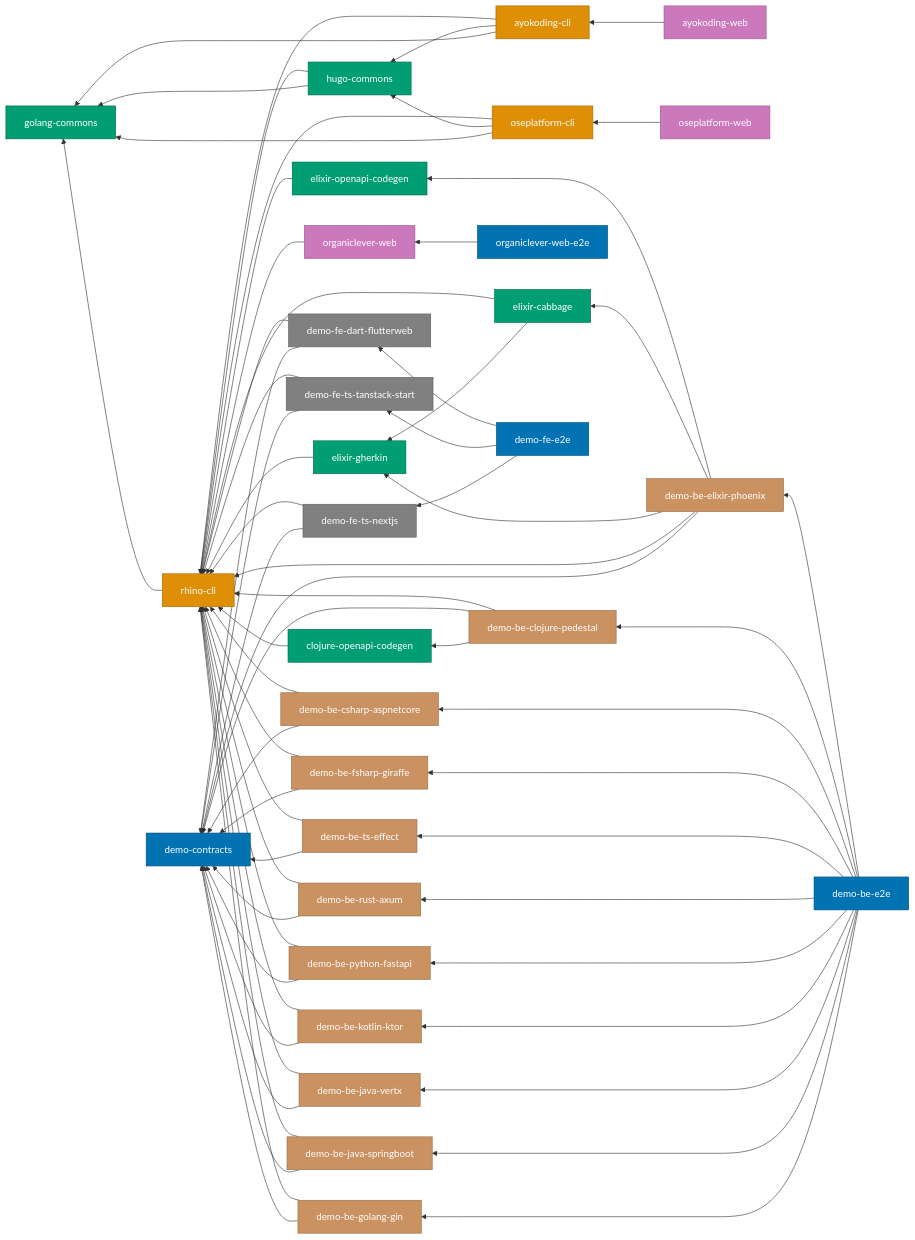
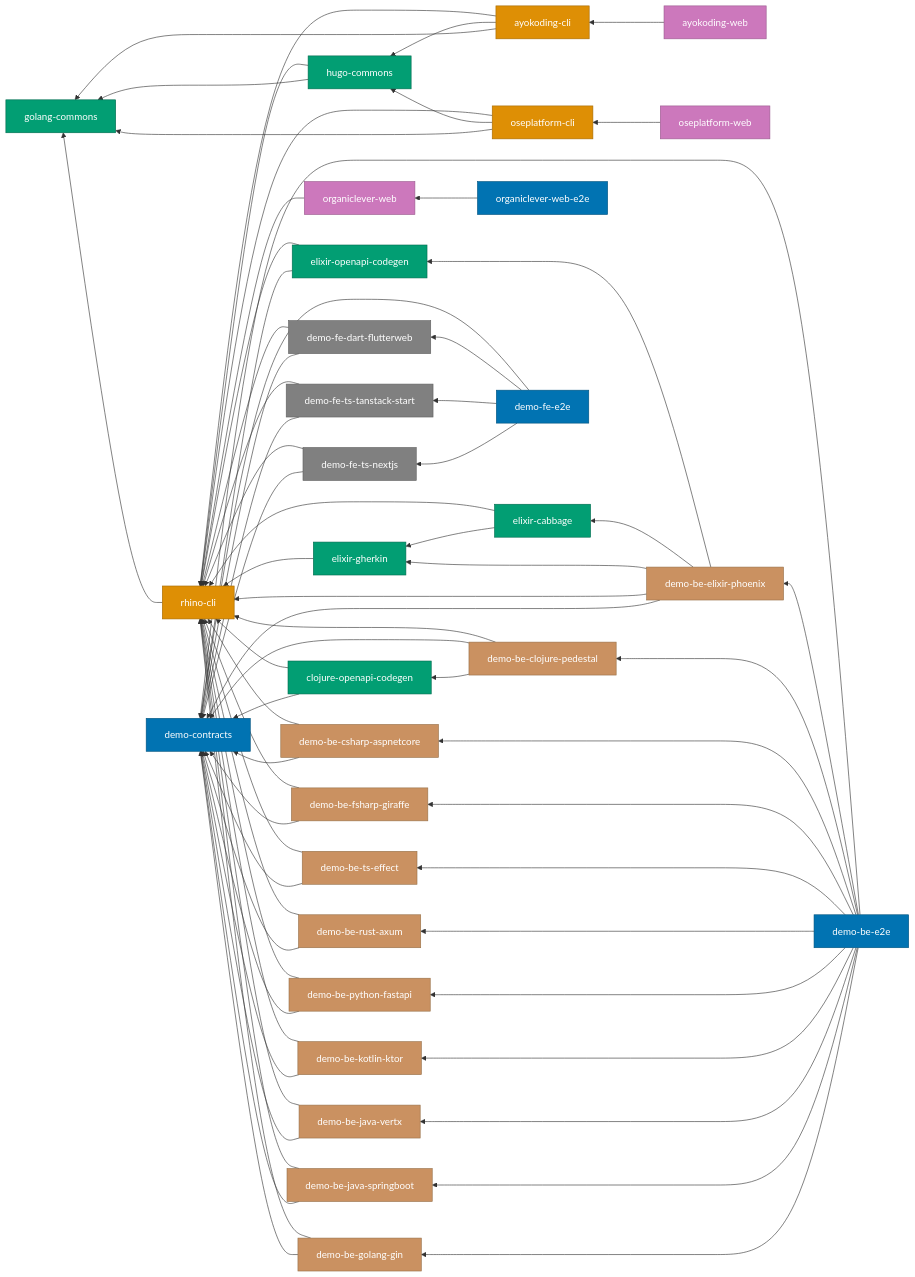
The diagram in docs/reference/re__project-dependency-graph.md (wahidyankf/open-sharia-enterprise), drawn with Mermaid before and after one commit. The commit also changed other lines of this file and 4 other files, not shown here.

```diff
--- a/docs/reference/re__project-dependency-graph.md
+++ b/docs/reference/re__project-dependency-graph.md
@@ -128,7 +128,9 @@
   EC --> EG
   EC --> RC
   EG --> RC
+  EOC --> DC
   EOC --> RC
+  COC --> DC
   COC --> RC
 
   %% OrganicLever
@@ -183,9 +185,11 @@
   BEE2E --> CSHARP
   BEE2E --> CLOJURE
   BEE2E --> ELIXIR
+  BEE2E --> DC
   FEE2E --> NEXTJS
   FEE2E --> TANSTACK
   FEE2E --> FLUTTER
+  FEE2E --> DC
 
   %% Styles
   classDef spec fill:#0173B2,stroke:#01537F,color:#FFFFFF
```
